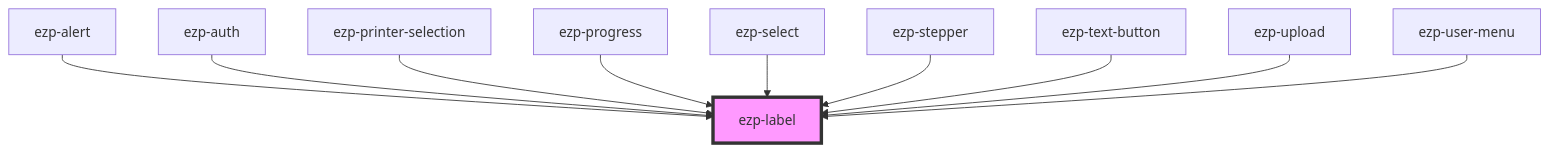
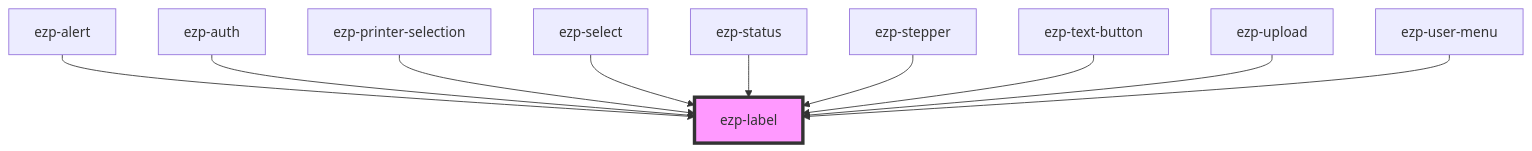
One commit to ezeep/ezeep-js changed the diagram in src/components/ezp-label/readme.md. Above: the diagram before and after it, drawn with Mermaid. The commit also changed other lines of this file and 12 other files, not shown here.

Commit message:
Rename progress component -> status

````diff
--- a/src/components/ezp-label/readme.md
+++ b/src/components/ezp-label/readme.md
@@ -31,13 +31,13 @@
 ```mermaid
 graph TD;
   ezp-alert --> ezp-label
   ezp-auth --> ezp-label
   ezp-printer-selection --> ezp-label
-  ezp-progress --> ezp-label
   ezp-select --> ezp-label
+  ezp-status --> ezp-label
   ezp-stepper --> ezp-label
   ezp-text-button --> ezp-label
   ezp-upload --> ezp-label
   ezp-user-menu --> ezp-label
   style ezp-label fill:#f9f,stroke:#333,stroke-width:4px
 ```
````
